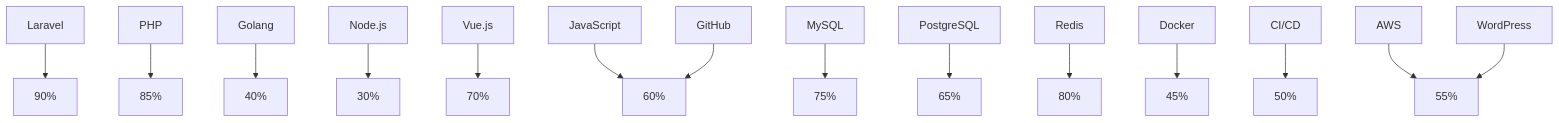
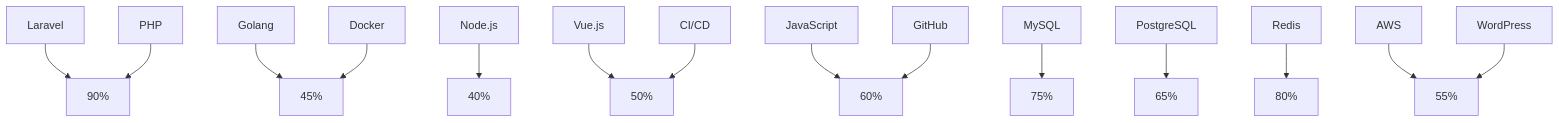
One commit to ObsidianBlaze/ObsidianBlaze changed the diagram in README.md. Above: the diagram before and after it, drawn with Mermaid. The commit also changed other lines of this file, not shown here.

````diff
--- a/README.md
+++ b/README.md
@@ -42,17 +42,17 @@
 ```mermaid
 graph TD;
     Laravel-->90%;
-    PHP-->85%;
-    Golang-->40%;
-    Node.js-->30%;
-    Vue.js-->70%;
+    PHP-->90%;
+    Golang-->45%;
+    Node.js-->40%;
+    Vue.js-->50%;
     JavaScript-->60%;
     MySQL-->75%;
     PostgreSQL-->65%;
     Redis-->80%;
     Docker-->45%;
     GitHub-->60%;
     CI/CD-->50%;
     AWS-->55%;
     WordPress-->55%;
 ```
````
